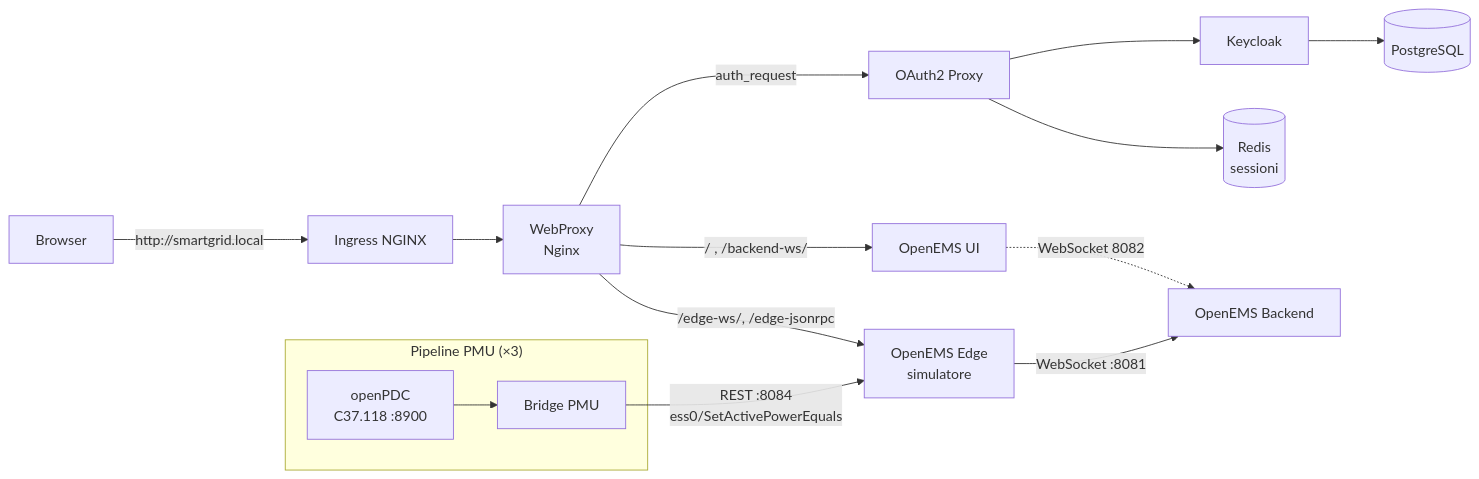
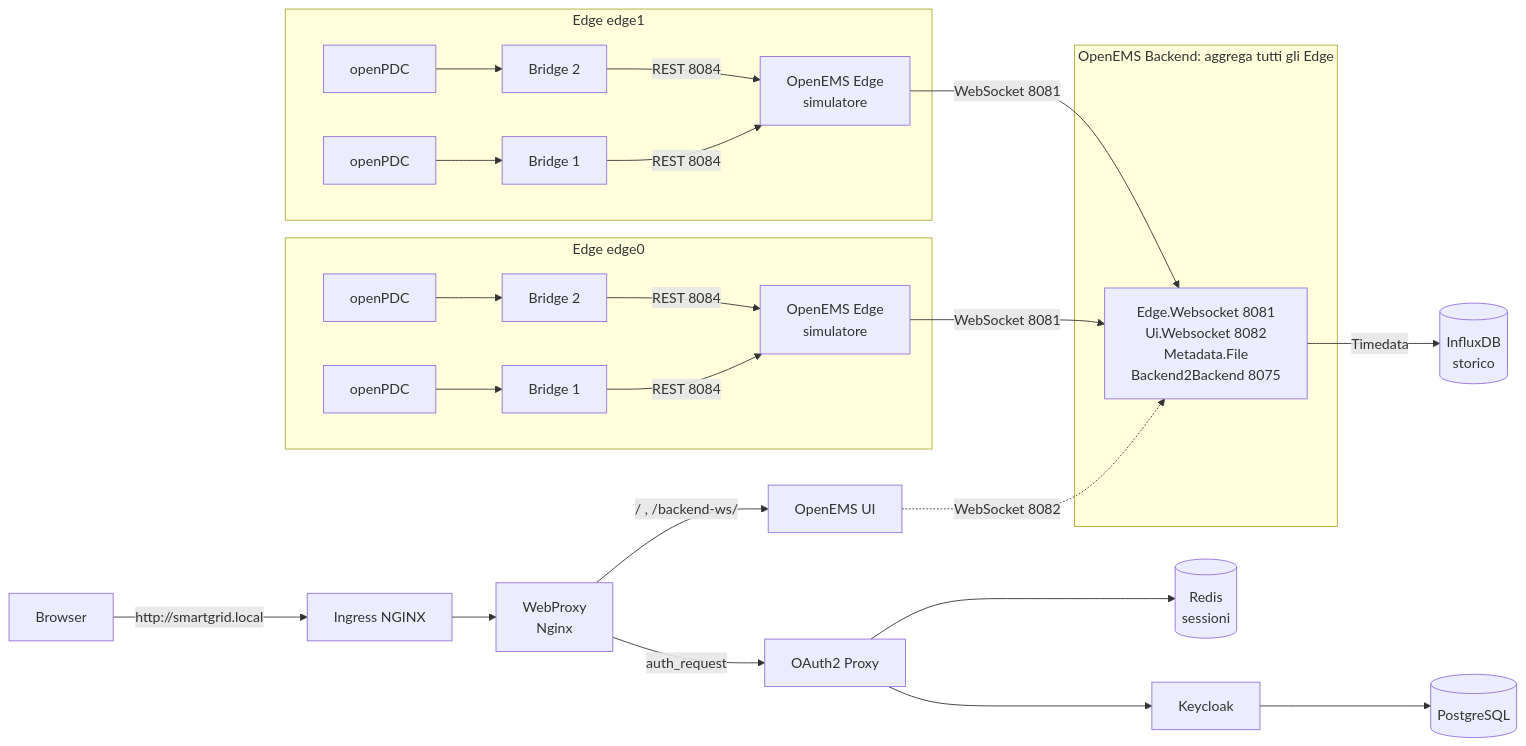
The diagram in README.md (tommso00/theses-Santus), drawn with Mermaid before and after one commit. The commit also changed other lines of this file and 89 other files, not shown here.

Commit message:
Chart Helm multi-Edge; fix percorsi configurazione OpenEMS

````diff
--- a/README.md
+++ b/README.md
@@ -35,18 +41,28 @@
 ```mermaid
 flowchart LR
     B[Browser] -->|http://smartgrid.local| ING[Ingress NGINX]
     ING --> WP[WebProxy<br/>Nginx]
     WP -->|auth_request| O2P[OAuth2 Proxy]
     O2P --> KC[Keycloak]
     O2P --> R[(Redis<br/>sessioni)]
     KC --> KDB[(PostgreSQL)]
-    WP -->|/ , /backend-ws/| UIB[OpenEMS UI]
-    UIB -. WebSocket 8082 .-> BE[OpenEMS Backend]
-    WP -->|/edge-ws/, /edge-jsonrpc| EDGE
+    WP -->|/ , /backend-ws/| UI[OpenEMS UI]
+    UI -. WebSocket 8082 .-> BE
 
-    subgraph PMU["Pipeline PMU (×3)"]
-      PDC[openPDC<br/>C37.118 :8900] --> BR[Bridge PMU]
+    subgraph BACKEND["OpenEMS Backend: aggrega tutti gli Edge"]
+      BE[Edge.Websocket 8081<br/>Ui.Websocket 8082<br/>Metadata.File<br/>Backend2Backend 8075]
     end
-    BR -->|REST :8084<br/>ess0/SetActivePowerEquals| EDGE[OpenEMS Edge<br/>simulatore]
-    EDGE -->|WebSocket :8081| BE
+    BE -->|Timedata| IDB[(InfluxDB<br/>storico)]
+
+    subgraph EDGE0["Edge edge0"]
+      P01[openPDC] --> B01[Bridge 1]
+      P02[openPDC] --> B02[Bridge 2]
+      B01 & B02 -->|REST 8084| E0[OpenEMS Edge<br/>simulatore]
+    end
+    subgraph EDGE1["Edge edge1"]
+      P11[openPDC] --> B11[Bridge 1]
+      P12[openPDC] --> B12[Bridge 2]
+      B11 & B12 -->|REST 8084| E1[OpenEMS Edge<br/>simulatore]
+    end
+    E0 & E1 -->|WebSocket 8081| BE
 ```
````
